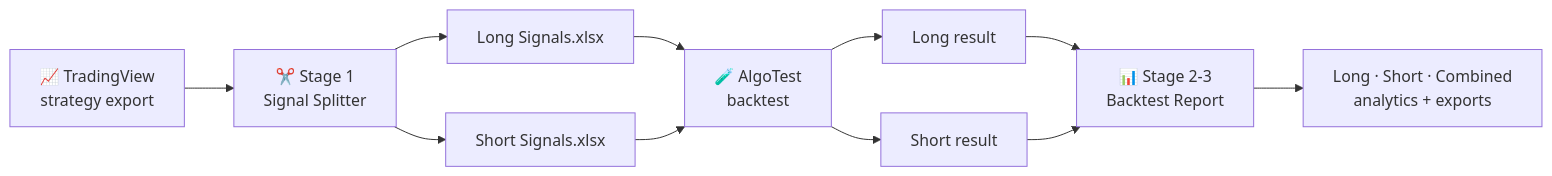
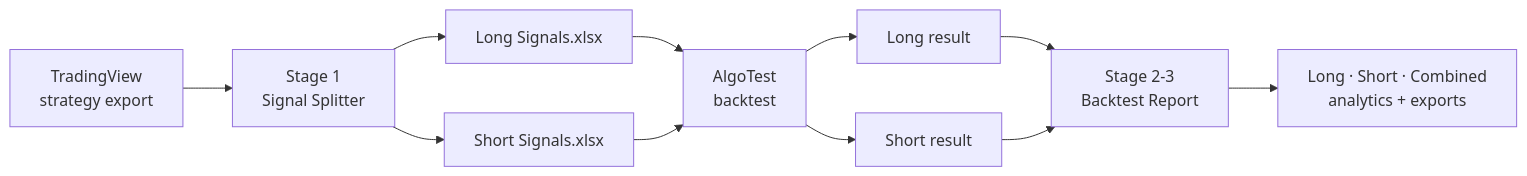
Before and after one commit to uj-28/Split_Generate: the diagram in README.md, drawn with Mermaid. The commit also changed other lines of this file and 4 other files, not shown here.

````diff
--- a/README.md
+++ b/README.md
@@ -34,13 +34,13 @@
 ```mermaid
 flowchart LR
-    A[📈 TradingView<br/>strategy export] --> B[✂️ Stage 1<br/>Signal Splitter]
+    A[TradingView<br/>strategy export] --> B[Stage 1<br/>Signal Splitter]
     B --> C[Long Signals.xlsx]
     B --> D[Short Signals.xlsx]
-    C --> E[🧪 AlgoTest<br/>backtest]
+    C --> E[AlgoTest<br/>backtest]
     D --> E
     E --> F[Long result]
     E --> G[Short result]
-    F --> H[📊 Stage 2-3<br/>Backtest Report]
+    F --> H[Stage 2-3<br/>Backtest Report]
     G --> H
     H --> I[Long · Short · Combined<br/>analytics + exports]
 ```
````
